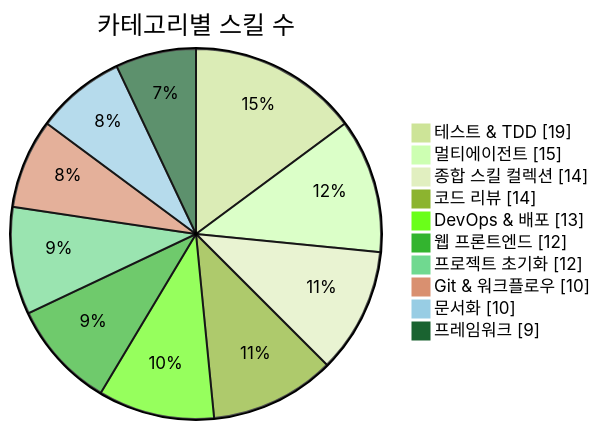
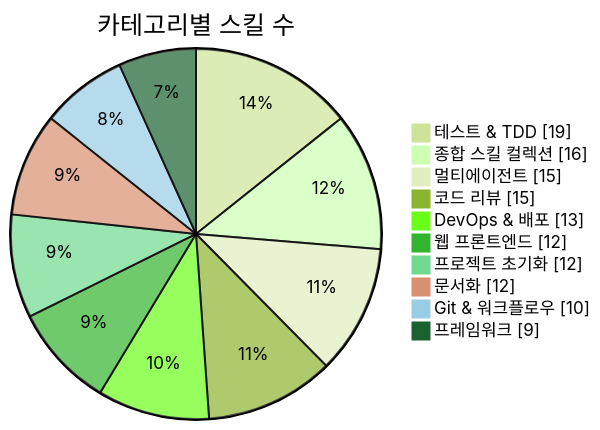
One commit to J-nowcow/awesome-korean-agent-skills changed the first of 3 diagrams in README.md. Above: the diagram before and after it, drawn with Mermaid (forest theme). The commit also changed other lines of this file and 10 other files, not shown here.

````diff
--- a/README.md
+++ b/README.md
@@ -176,14 +176,14 @@
 ```mermaid
 pie showData
     title 카테고리별 스킬 수
     "테스트 & TDD" : 19
+    "종합 스킬 컬렉션" : 16
     "멀티에이전트" : 15
-    "종합 스킬 컬렉션" : 14
-    "코드 리뷰" : 14
+    "코드 리뷰" : 15
     "DevOps & 배포" : 13
     "웹 프론트엔드" : 12
     "프로젝트 초기화" : 12
+    "문서화" : 12
     "Git & 워크플로우" : 10
-    "문서화" : 10
     "프레임워크" : 9
 ```
````
